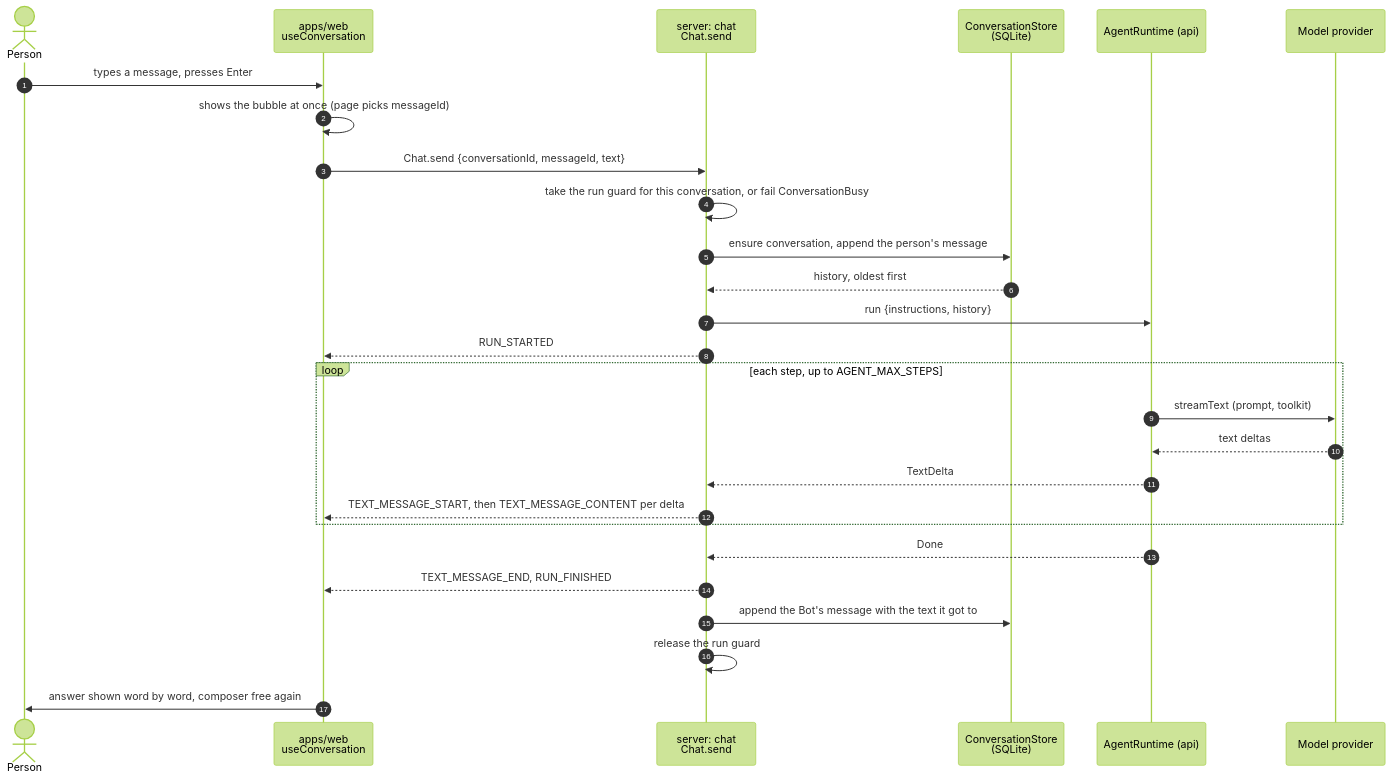
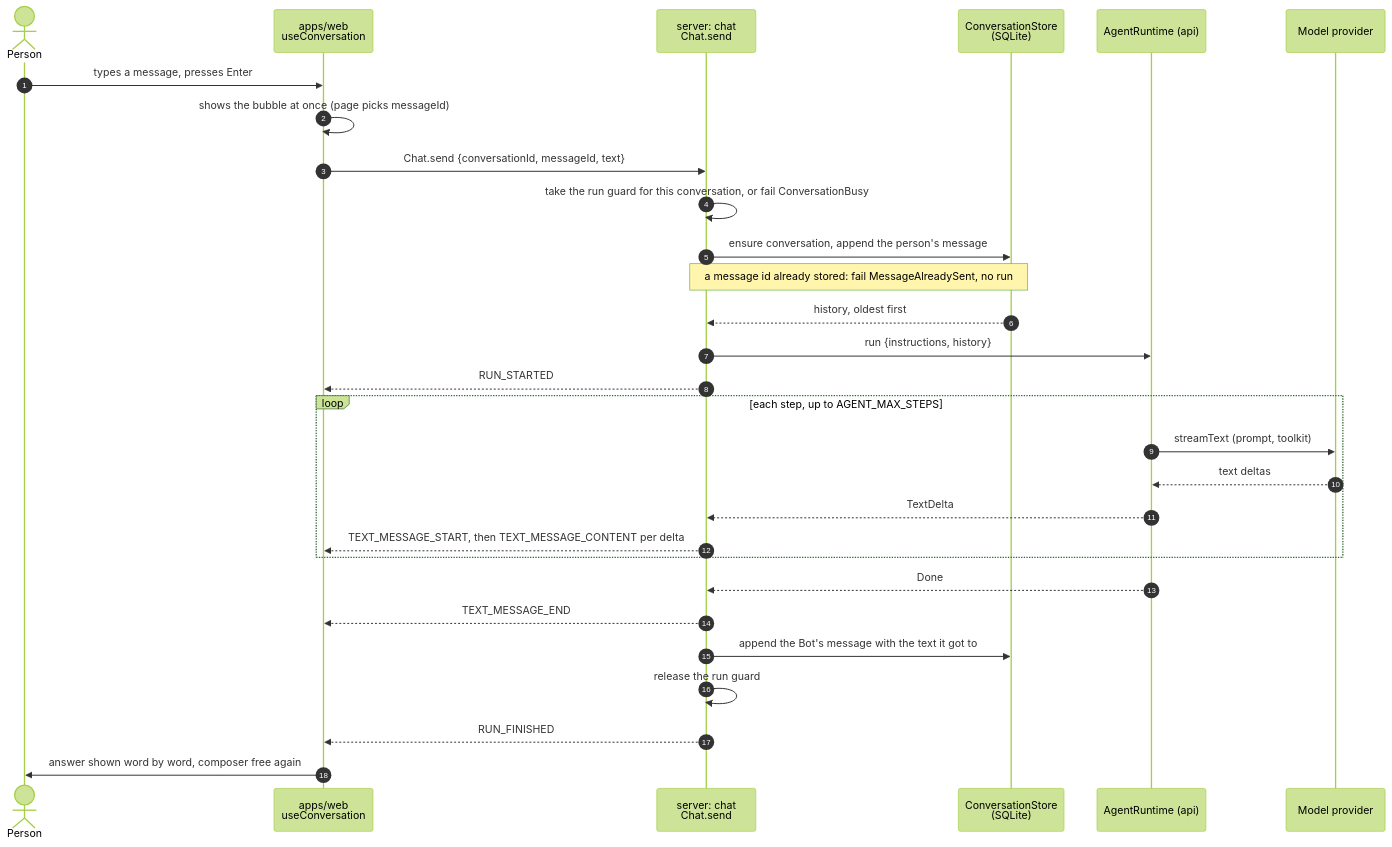
Before and after one commit to alexanderop/aobot: the first of 2 diagrams in docs/arc42/06-runtime-view.md, drawn with Mermaid (forest theme). The commit also changed other lines of this file and 5 other files, not shown here.

````diff
--- a/docs/arc42/06-runtime-view.md
+++ b/docs/arc42/06-runtime-view.md
@@ -12,30 +12,32 @@
 ```mermaid
 sequenceDiagram
   autonumber
   actor Person
   participant Web as apps/web<br/>useConversation
   participant Chat as server: chat<br/>Chat.send
   participant Store as ConversationStore<br/>(SQLite)
   participant Agent as AgentRuntime (api)
   participant Model as Model provider
 
   Person->>Web: types a message, presses Enter
   Web->>Web: shows the bubble at once (page picks messageId)
   Web->>Chat: Chat.send {conversationId, messageId, text}
   Chat->>Chat: take the run guard for this conversation, or fail ConversationBusy
   Chat->>Store: ensure conversation, append the person's message
+  Note over Chat,Store: a message id already stored: fail MessageAlreadySent, no run
   Store-->>Chat: history, oldest first
   Chat->>Agent: run {instructions, history}
   Chat-->>Web: RUN_STARTED
   loop each step, up to AGENT_MAX_STEPS
     Agent->>Model: streamText (prompt, toolkit)
     Model-->>Agent: text deltas
     Agent-->>Chat: TextDelta
     Chat-->>Web: TEXT_MESSAGE_START, then TEXT_MESSAGE_CONTENT per delta
   end
   Agent-->>Chat: Done
-  Chat-->>Web: TEXT_MESSAGE_END, RUN_FINISHED
+  Chat-->>Web: TEXT_MESSAGE_END
   Chat->>Store: append the Bot's message with the text it got to
   Chat->>Chat: release the run guard
+  Chat-->>Web: RUN_FINISHED
   Web->>Person: answer shown word by word, composer free again
 ```
````
